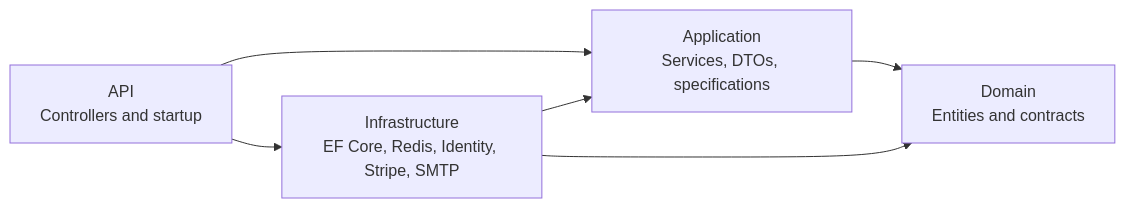
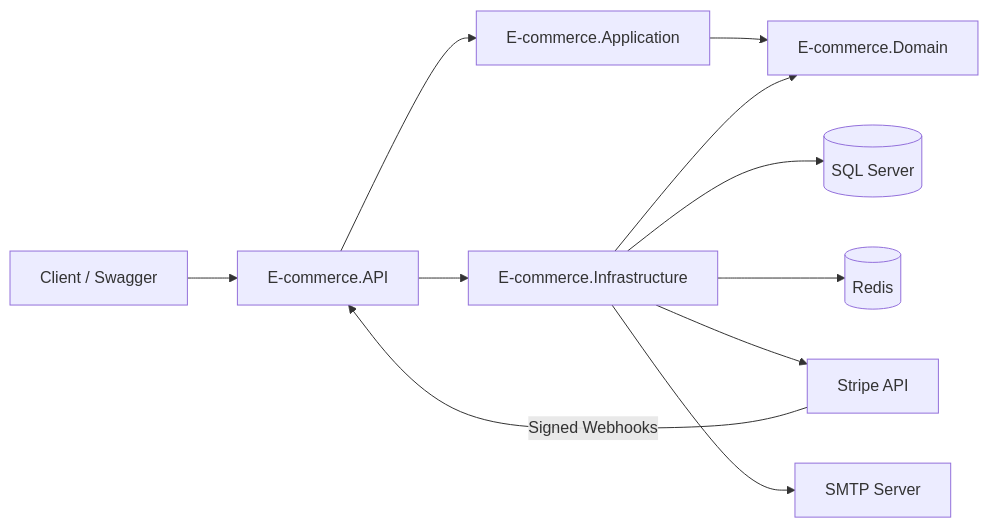
The first of 2 diagrams in README.md (MMaysoon/E-Commerce-Backend-API), drawn with Mermaid before and after one commit. The commit also changed other lines of this file, not shown here.

````diff
--- a/README.md
+++ b/README.md
@@ -50,13 +109,17 @@
 ```mermaid
 flowchart LR
-    API["API<br/>Controllers and startup"]
-    APP["Application<br/>Services, DTOs, specifications"]
-    DOMAIN["Domain<br/>Entities and contracts"]
-    INFRA["Infrastructure<br/>EF Core, Redis, Identity, Stripe, SMTP"]
+    Client[Client / Swagger] --> API[E-commerce.API]
 
-    API --> APP
-    API --> INFRA
-    APP --> DOMAIN
-    INFRA --> APP
+    API --> APP[E-commerce.Application]
+    API --> INFRA[E-commerce.Infrastructure]
+
+    APP --> DOMAIN[E-commerce.Domain]
     INFRA --> DOMAIN
+
+    INFRA --> SQL[(SQL Server)]
+    INFRA --> REDIS[(Redis)]
+    INFRA --> STRIPE[Stripe API]
+    INFRA --> SMTP[SMTP Server]
+
+    STRIPE -->|Signed Webhooks| API
 ```
````
